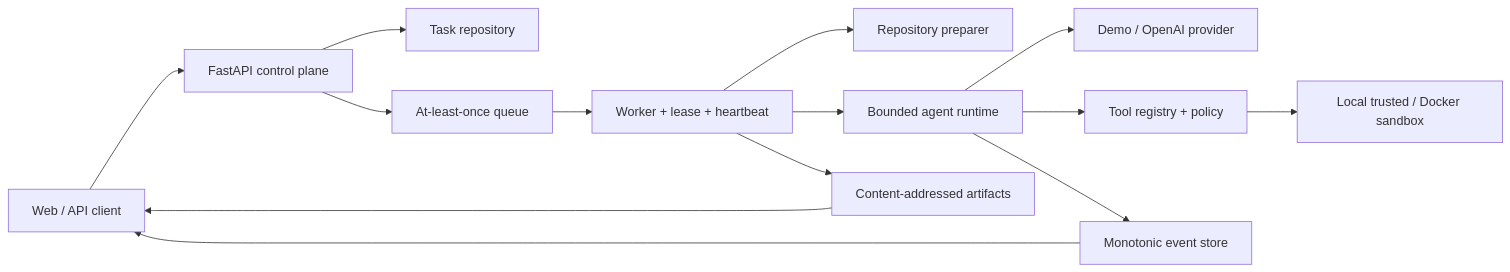
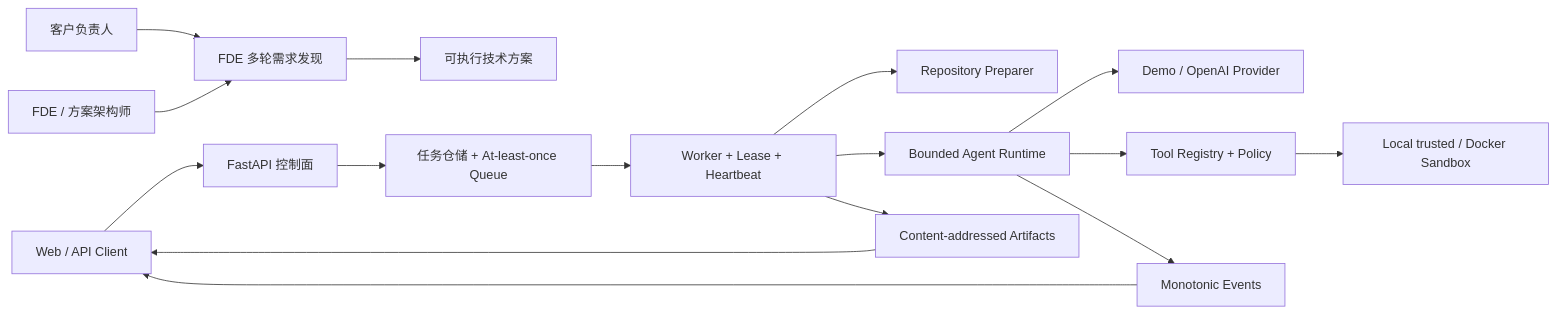
The diagram in README.md (aopays/cloud-agent-platform), drawn with Mermaid before and after one commit. The commit also changed other lines of this file and 6 other files, not shown here.

````diff
--- a/README.md
+++ b/README.md
@@ -140,16 +126,19 @@
 ```mermaid
 flowchart LR
-    User[Web / API client] --> API[FastAPI control plane]
-    API --> Store[Task repository]
-    API --> Queue[At-least-once queue]
-    Queue --> Worker[Worker + lease + heartbeat]
-    Worker --> Prep[Repository preparer]
-    Worker --> Runtime[Bounded agent runtime]
-    Runtime --> Provider[Demo / OpenAI provider]
-    Runtime --> Registry[Tool registry + policy]
-    Registry --> Sandbox[Local trusted / Docker sandbox]
-    Runtime --> Events[Monotonic event store]
-    Worker --> Artifacts[Content-addressed artifacts]
+    Customer[客户负责人] --> Discovery[FDE 多轮需求发现]
+    FDE[FDE / 方案架构师] --> Discovery
+    Discovery --> Plan[可执行技术方案]
+
+    User[Web / API Client] --> API[FastAPI 控制面]
+    API --> Queue[任务仓储 + At-least-once Queue]
+    Queue --> Worker[Worker + Lease + Heartbeat]
+    Worker --> Prep[Repository Preparer]
+    Worker --> Runtime[Bounded Agent Runtime]
+    Runtime --> Provider[Demo / OpenAI Provider]
+    Runtime --> Tools[Tool Registry + Policy]
+    Tools --> Sandbox[Local trusted / Docker Sandbox]
+    Runtime --> Events[Monotonic Events]
+    Worker --> Artifacts[Content-addressed Artifacts]
     Events --> User
     Artifacts --> User
 ```
````
